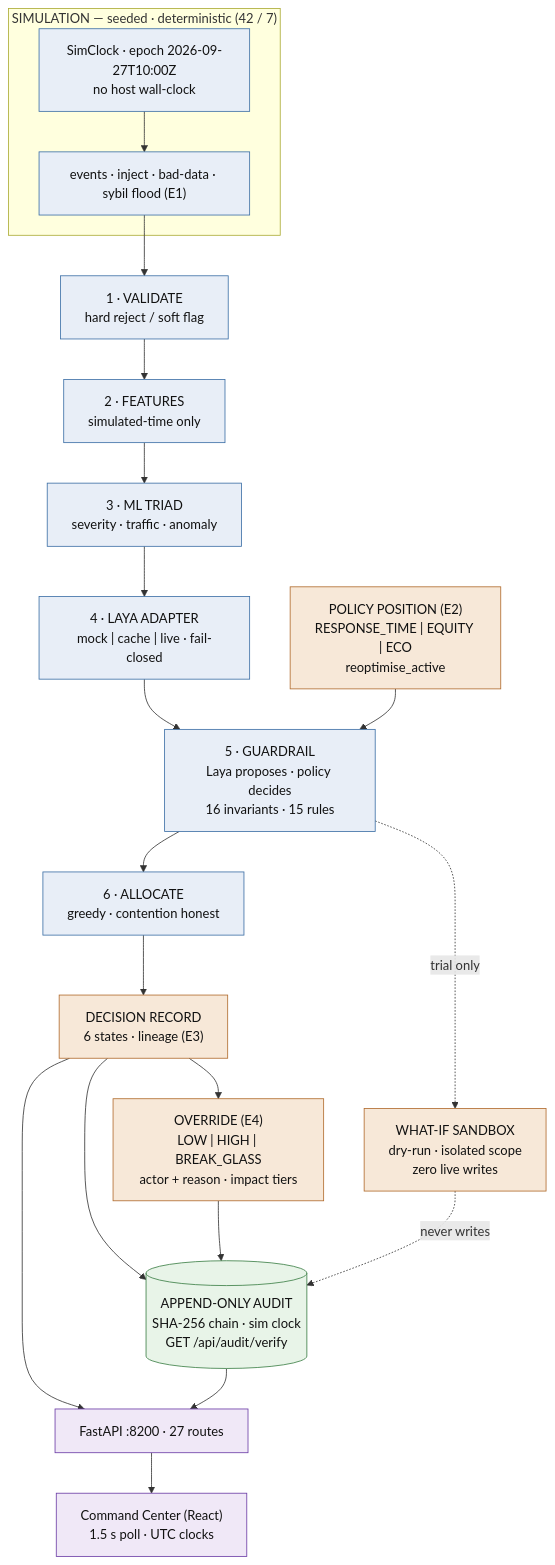
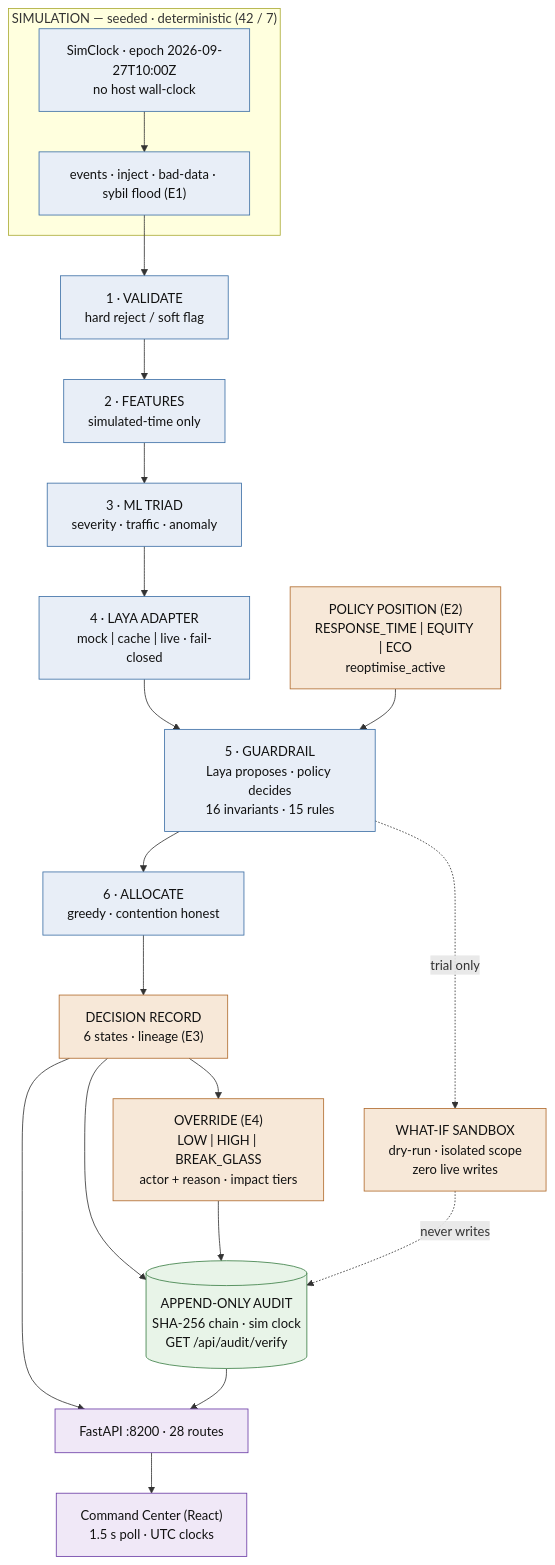
The first of 4 diagrams in README.md (Ayyankhan101/Autonomous-Decision-Intelligence-Platform-ADIP-), drawn with Mermaid before and after one commit. The commit also changed 15 other files, not shown here.

````diff
--- a/README.md
+++ b/README.md
@@ -56,40 +56,40 @@
 ```mermaid
 flowchart TD
     subgraph SIM["SIMULATION — seeded · deterministic (42 / 7)"]
         CLOCK["SimClock · epoch 2026-09-27T10:00Z\nno host wall-clock"]:::stage
         EVT["events · inject · bad-data · sybil flood (E1)"]:::stage
         CLOCK --> EVT
     end
 
     VAL["1 · VALIDATE\nhard reject / soft flag"]:::stage
     FEAT["2 · FEATURES\nsimulated-time only"]:::stage
     ML["3 · ML TRIAD\nseverity · traffic · anomaly"]:::stage
     LAYA["4 · LAYA ADAPTER\nmock | cache | live · fail-closed"]:::stage
     GUARD["5 · GUARDRAIL\nLaya proposes · policy decides\n16 invariants · 15 rules"]:::stage
     ALLOC["6 · ALLOCATE\ngreedy · contention honest"]:::stage
     DEC["DECISION RECORD\n6 states · lineage (E3)"]:::decision
     AUDIT[("APPEND-ONLY AUDIT\nSHA-256 chain · sim clock\nGET /api/audit/verify")]:::store
 
     POL["POLICY POSITION (E2)\nRESPONSE_TIME | EQUITY | ECO\nreoptimise_active"]:::decision
     OVR["OVERRIDE (E4)\nLOW | HIGH | BREAK_GLASS\nactor + reason · impact tiers"]:::decision
     WIF["WHAT-IF SANDBOX\ndry-run · isolated scope\nzero live writes"]:::decision
 
-    API["FastAPI :8200 · 27 routes"]:::infra
+    API["FastAPI :8200 · 28 routes"]:::infra
     DASH["Command Center (React)\n1.5 s poll · UTC clocks"]:::infra
 
     EVT --> VAL --> FEAT --> ML --> LAYA --> GUARD --> ALLOC --> DEC
     DEC --> AUDIT
     DEC --> OVR
     OVR --> AUDIT
     POL --> GUARD
     GUARD -.->|"trial only"| WIF
     WIF -.->|"never writes"| AUDIT
     DEC --> API
     AUDIT --> API
     API --> DASH
 
     classDef stage fill:#e8eef7,stroke:#3b6ea5,color:#111
     classDef decision fill:#f7e8d8,stroke:#b06a2c,color:#111
     classDef store fill:#e8f4e8,stroke:#3a7d44,color:#111
     classDef infra fill:#f0e8f7,stroke:#6a3ba5,color:#111
 ```
````
